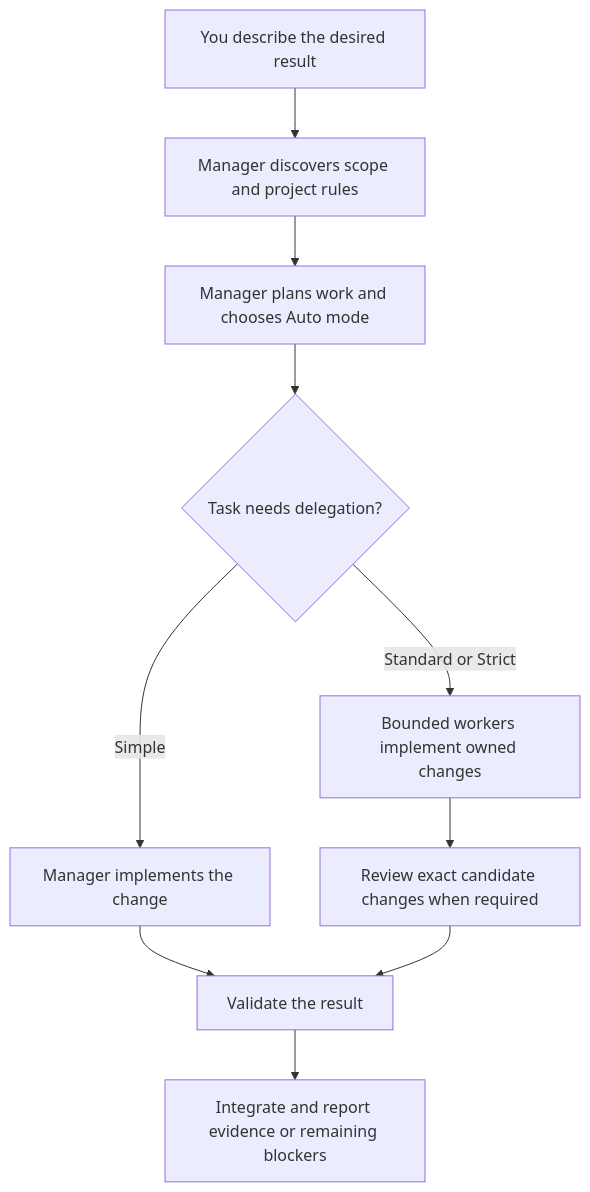
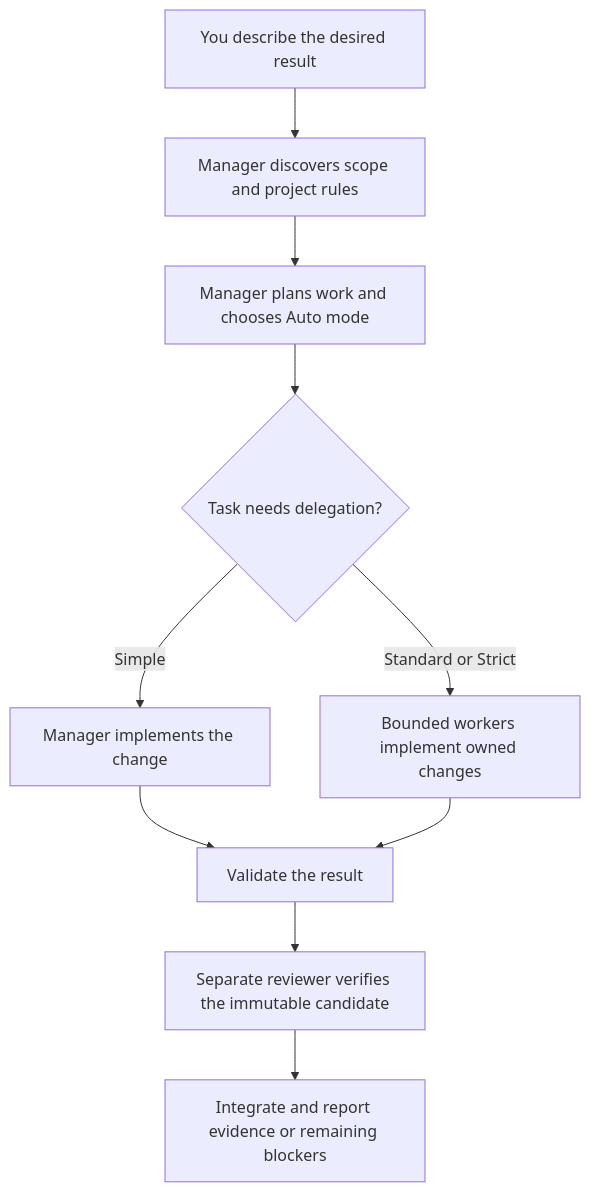
Before and after one commit to UnioGame/lemmings.ai: the first of 2 diagrams in README.md, drawn with Mermaid.

Commit message:
Align README with mandatory independent Verify

````diff
--- a/README.md
+++ b/README.md
@@ -11,12 +11,12 @@
 ```mermaid
 flowchart TD
   A[You describe the desired result] --> B[Manager discovers scope and project rules]
   B --> C[Manager plans work and chooses Auto mode]
   C --> D{Task needs delegation?}
   D -->|Simple| E[Manager implements the change]
   D -->|Standard or Strict| F[Bounded workers implement owned changes]
-  F --> G[Review exact candidate changes when required]
   E --> H[Validate the result]
-  G --> H
-  H --> I[Integrate and report evidence or remaining blockers]
+  F --> H
+  H --> G[Separate reviewer verifies the immutable candidate]
+  G --> I[Integrate and report evidence or remaining blockers]
 ```
````
